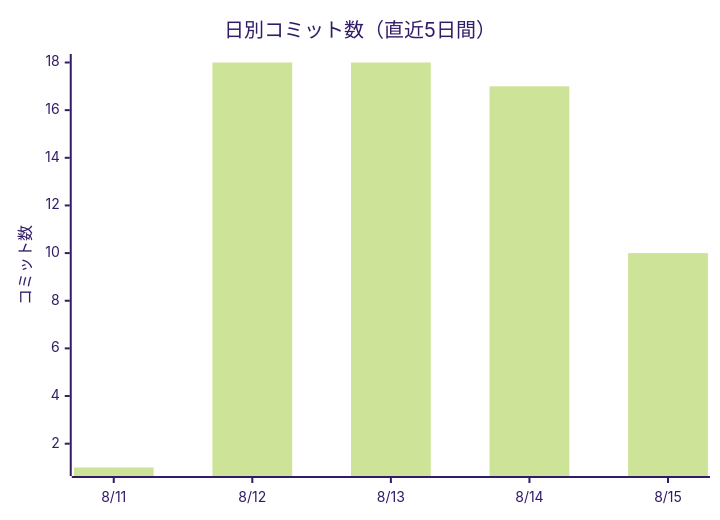
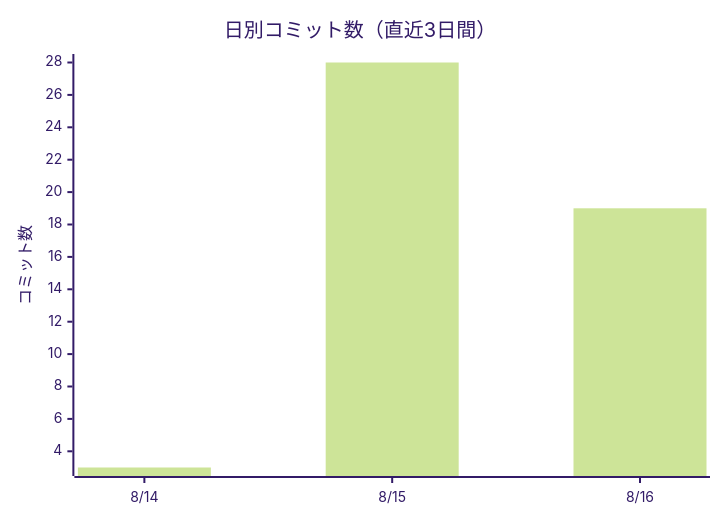
The first of 2 diagrams in docs/進化レポート.md (non-x2/non-x2), drawn with Mermaid (forest theme) before and after one commit. The commit also changed other lines of this file and 10 other files, not shown here.

````diff
--- a/docs/進化レポート.md
+++ b/docs/進化レポート.md
@@ -23,7 +23,7 @@
 ```mermaid
 xychart-beta
-    title "日別コミット数（直近5日間）"
-    x-axis ["8/11", "8/12", "8/13", "8/14", "8/15"]
+    title "日別コミット数（直近3日間）"
+    x-axis ["8/14", "8/15", "8/16"]
     y-axis "コミット数"
-    bar [1, 18, 18, 17, 10]
+    bar [3, 28, 19]
 ```
````
